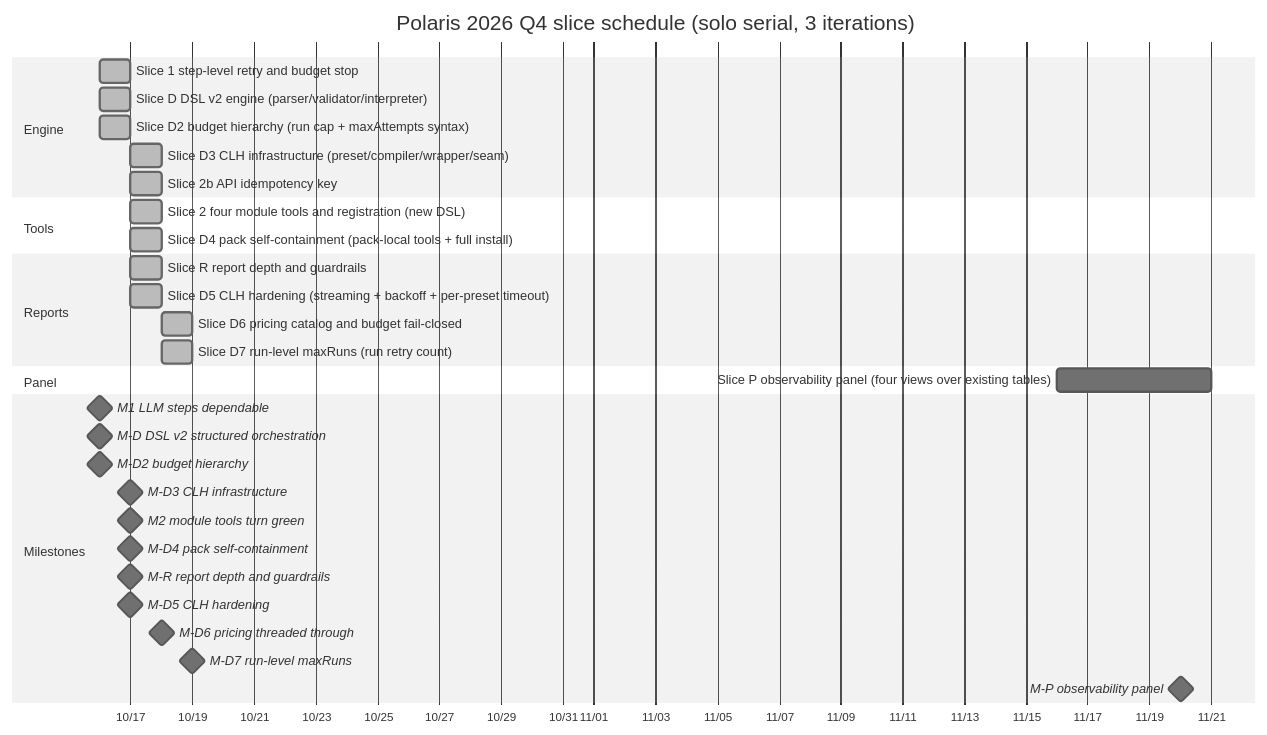
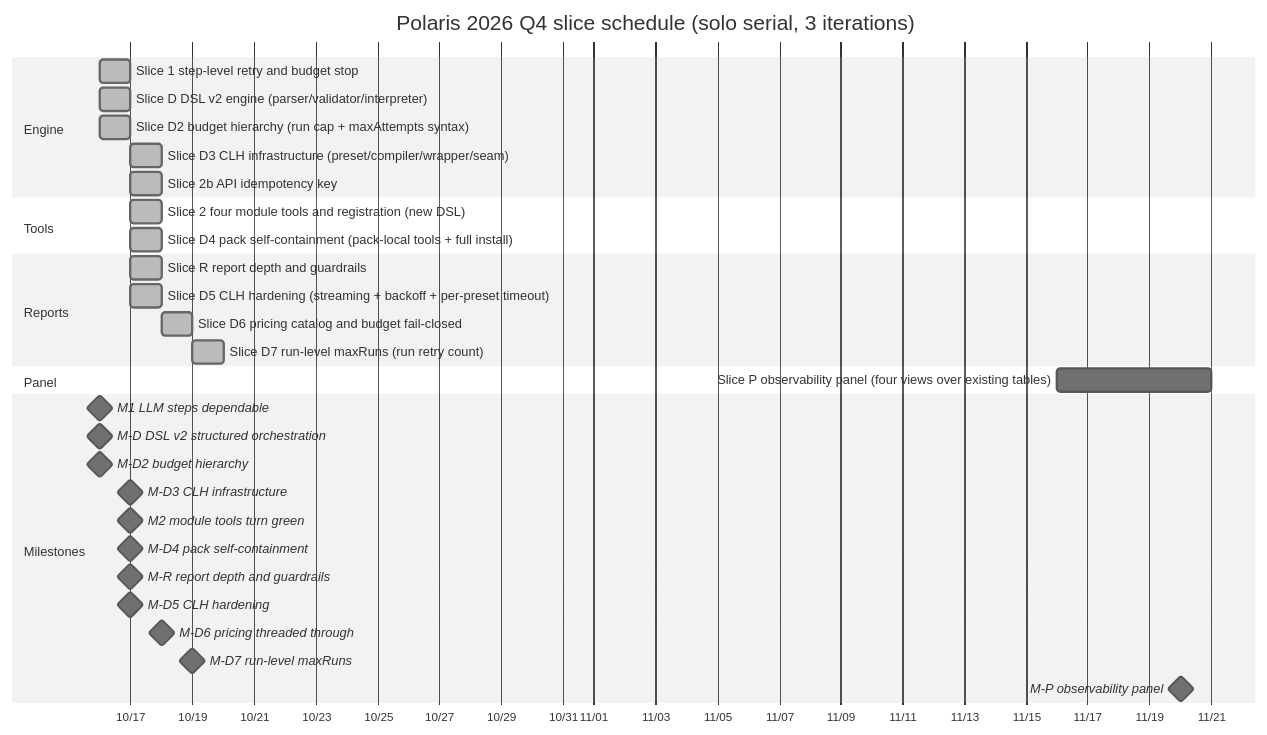
One commit to 55aaseclab/Polaris changed the diagram in apps/docs/site/development/roadmap.md. Above: the diagram before and after it, drawn with Mermaid (neutral theme). The commit also changed other lines of this file and 3 other files, not shown here.

````diff
--- a/apps/docs/site/development/roadmap.md
+++ b/apps/docs/site/development/roadmap.md
@@ -96,34 +96,34 @@
 ```mermaid
 gantt
     title Polaris 2026 Q4 slice schedule (solo serial, 3 iterations)
     dateFormat YYYY-MM-DD
     axisFormat %m/%d
     section Engine
     Slice 1 step-level retry and budget stop :done, a1, 2026-10-16, 1d
     Slice D DSL v2 engine (parser/validator/interpreter) :done, a2, 2026-10-16, 1d
     Slice D2 budget hierarchy (run cap + maxAttempts syntax) :done, a4, 2026-10-16, 1d
     Slice D3 CLH infrastructure (preset/compiler/wrapper/seam) :done, a5, 2026-10-17, 1d
     Slice 2b API idempotency key :done, a3, 2026-10-17, 1d
     section Tools
     Slice 2 four module tools and registration (new DSL) :done, b1, 2026-10-17, 1d
     Slice D4 pack self-containment (pack-local tools + full install) :done, b2, 2026-10-17, 1d
     section Reports
     Slice R report depth and guardrails :done, r1, 2026-10-17, 1d
     Slice D5 CLH hardening (streaming + backoff + per-preset timeout) :done, c1, 2026-10-17, 1d
     Slice D6 pricing catalog and budget fail-closed :done, c2, 2026-10-18, 1d
-    Slice D7 run-level maxRuns (run retry count) :done, c3, 2026-10-18, 1d
+    Slice D7 run-level maxRuns (run retry count) :done, c3, 2026-10-19, 1d
     section Panel
     Slice P observability panel (four views over existing tables) :p1, 2026-11-16, 5d
     section Milestones
     M1 LLM steps dependable :milestone, m1, 2026-10-16, 0d
     M-D DSL v2 structured orchestration :milestone, md, 2026-10-16, 0d
     M-D2 budget hierarchy :milestone, md2, 2026-10-16, 0d
     M-D3 CLH infrastructure :milestone, md3, 2026-10-17, 0d
     M2 module tools turn green :milestone, m2, 2026-10-17, 0d
     M-D4 pack self-containment :milestone, md4, 2026-10-17, 0d
     M-R report depth and guardrails :milestone, mr, 2026-10-17, 0d
     M-D5 CLH hardening :milestone, md5, 2026-10-17, 0d
     M-D6 pricing threaded through :milestone, md6, 2026-10-18, 0d
     M-D7 run-level maxRuns :milestone, md7, 2026-10-19, 0d
     M-P observability panel :milestone, mp, 2026-11-20, 0d
 ```
````
